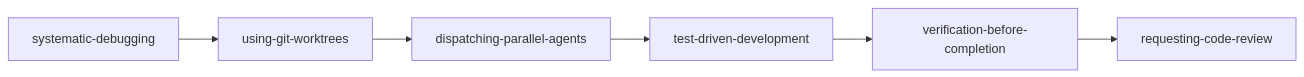
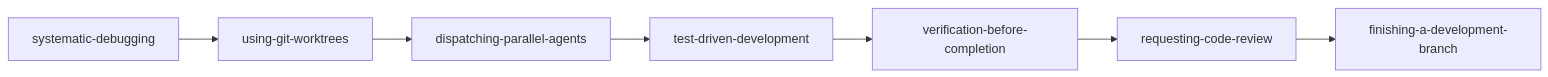
Before and after one commit to Poseidoncode/superpowers-mcp: the second of 2 diagrams in docs/skill-compositions.ja.md, drawn with Mermaid. The commit also changed other lines of this file and 9 other files, not shown here.

````diff
--- a/docs/skill-compositions.ja.md
+++ b/docs/skill-compositions.ja.md
@@ -58,8 +58,9 @@
 ```mermaid
 flowchart LR
     D1[systematic-debugging] --> D2[using-git-worktrees]
     D2 --> D3[dispatching-parallel-agents]
     D3 --> D4[test-driven-development]
     D4 --> D5[verification-before-completion]
     D5 --> D6[requesting-code-review]
+    D6 --> D7[finishing-a-development-branch]
 ```
````
